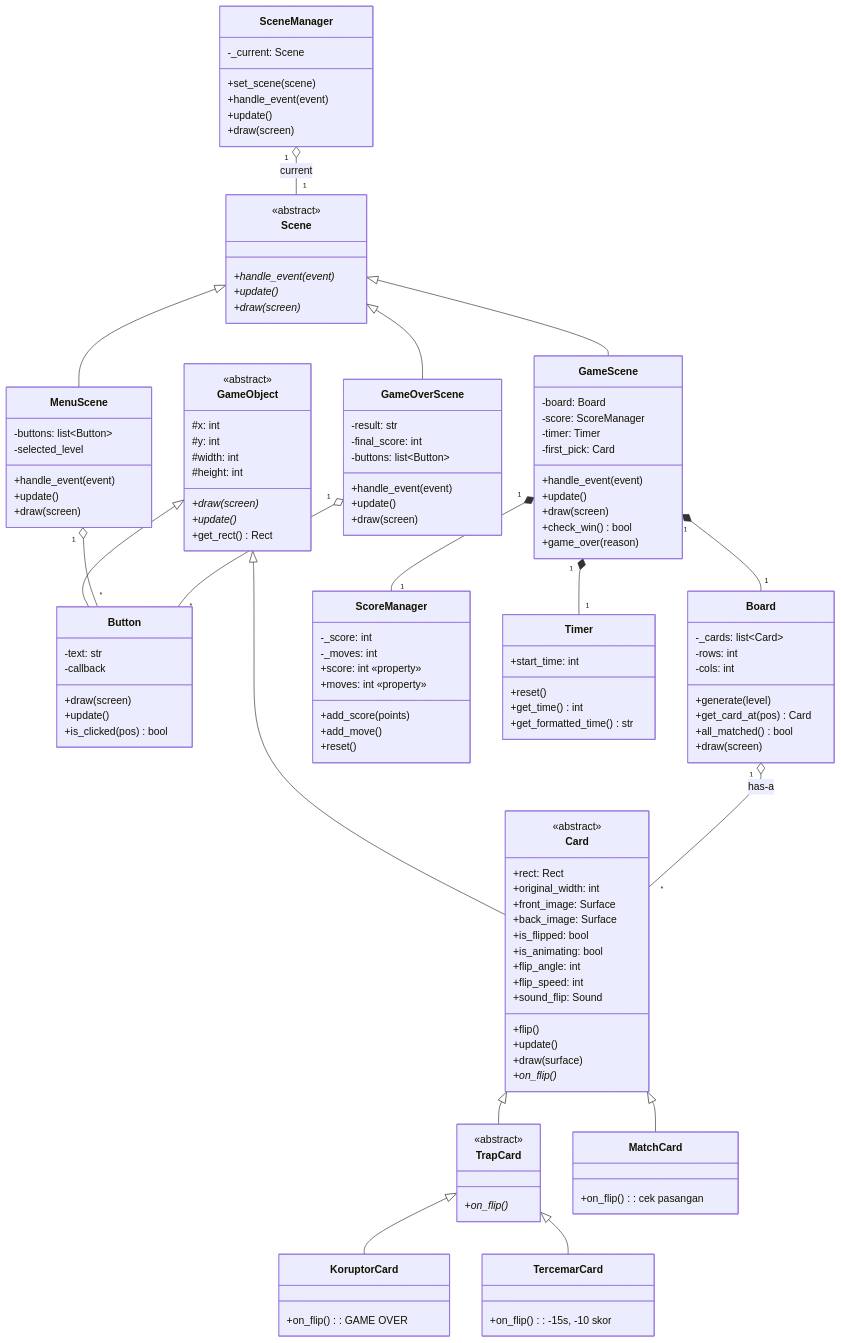
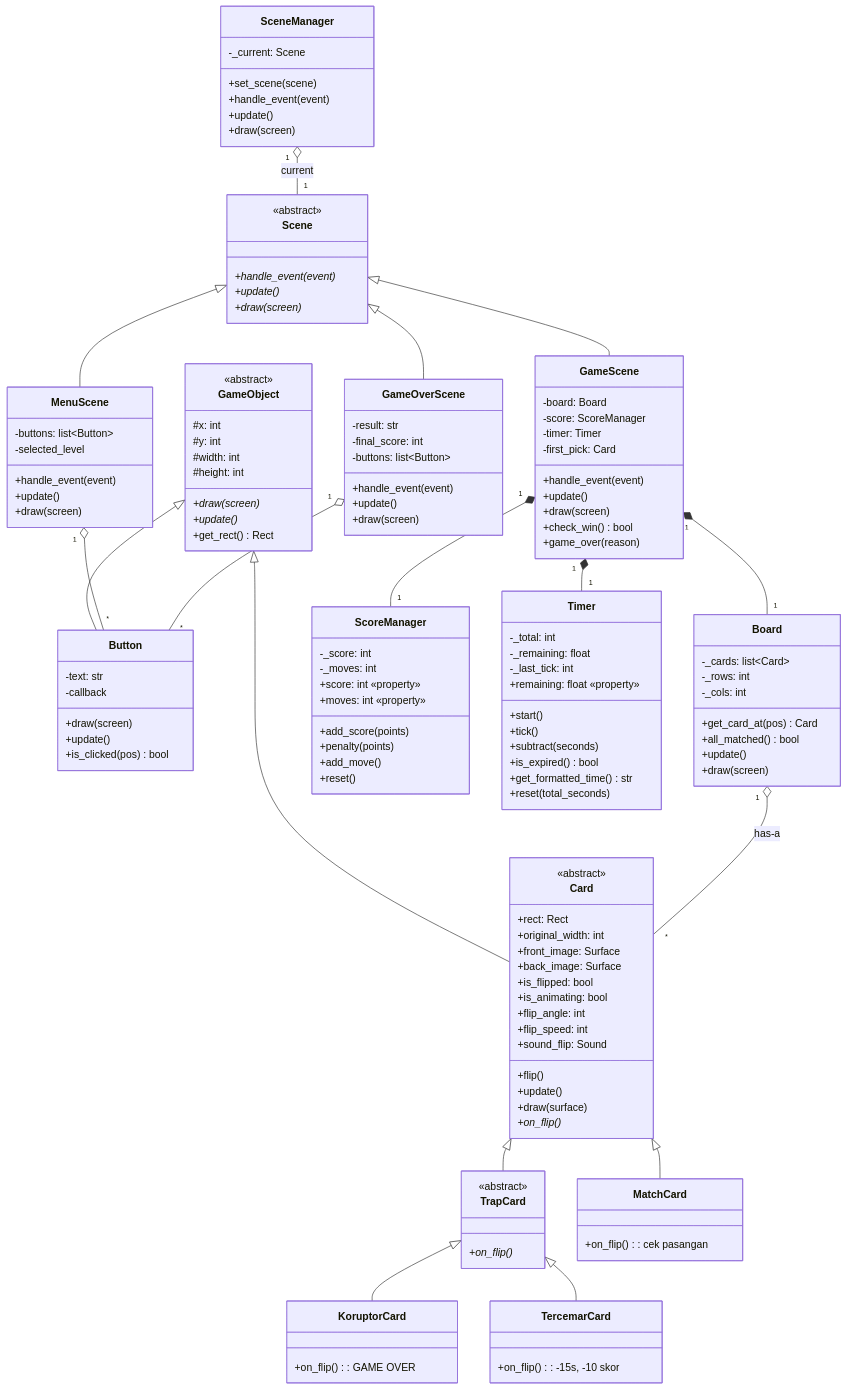
Before and after one commit to Yogaprtamaa/mbg-memory-match: the first of 5 diagrams in docs/UML.md, drawn with Mermaid. The commit also changed other lines of this file and 28 other files, not shown here.

Commit message:
feat: implement game architecture, scene management, and base card logic with trap support and finish fitur 1 and 2

```diff
--- a/docs/UML.md
+++ b/docs/UML.md
@@ -102,11 +102,11 @@
     }
     class Board {
         -_cards: list~Card~
-        -rows: int
-        -cols: int
-        +generate(level)
+        -_rows: int
+        -_cols: int
         +get_card_at(pos) Card
         +all_matched() bool
+        +update()
         +draw(screen)
     }
     class ScoreManager {
@@ -115,14 +115,21 @@
         +score: int «property»
         +moves: int «property»
         +add_score(points)
+        +penalty(points)
         +add_move()
         +reset()
     }
     class Timer {
-        +start_time: int
-        +reset()
-        +get_time() int
+        -_total: int
+        -_remaining: float
+        -_last_tick: int
+        +remaining: float «property»
+        +start()
+        +tick()
+        +subtract(seconds)
+        +is_expired() bool
         +get_formatted_time() str
+        +reset(total_seconds)
     }
     class SceneManager {
         -_current: Scene
```
